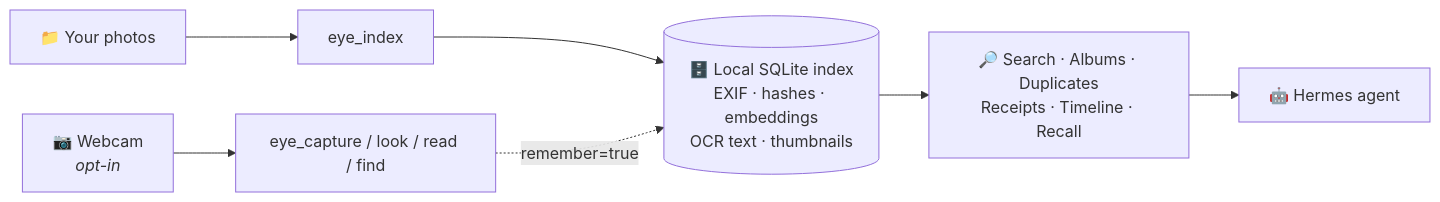
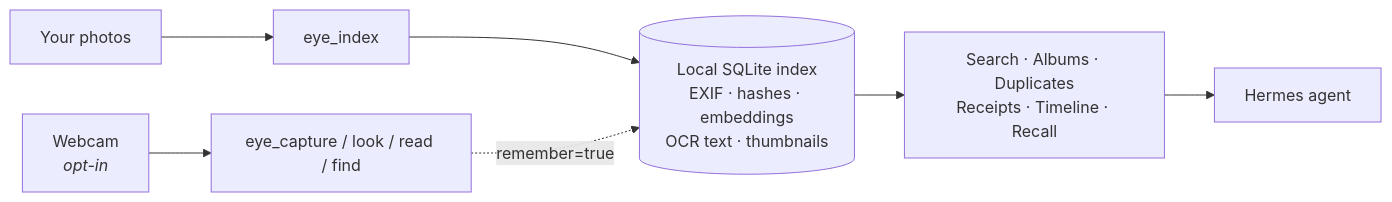
The diagram in README.md (isthatananya/hermes-eye-memory), drawn with Mermaid before and after one commit. The commit also changed other lines of this file, not shown here.

````diff
--- a/README.md
+++ b/README.md
@@ -119,9 +119,9 @@
 ```mermaid
 flowchart LR
-    A[📁 Your photos] --> B[eye_index]
-    C[📷 Webcam<br/><i>opt-in</i>] --> D[eye_capture / look / read / find]
-    B --> E[(🗄️ Local SQLite index<br/>EXIF · hashes · embeddings<br/>OCR text · thumbnails)]
+    A[Your photos] --> B[eye_index]
+    C[Webcam<br/><i>opt-in</i>] --> D[eye_capture / look / read / find]
+    B --> E[(Local SQLite index<br/>EXIF · hashes · embeddings<br/>OCR text · thumbnails)]
     D -. remember=true .-> E
-    E --> F[🔎 Search · Albums · Duplicates<br/>Receipts · Timeline · Recall]
-    F --> G[🤖 Hermes agent]
+    E --> F[Search · Albums · Duplicates<br/>Receipts · Timeline · Recall]
+    F --> G[Hermes agent]
 ```
````
